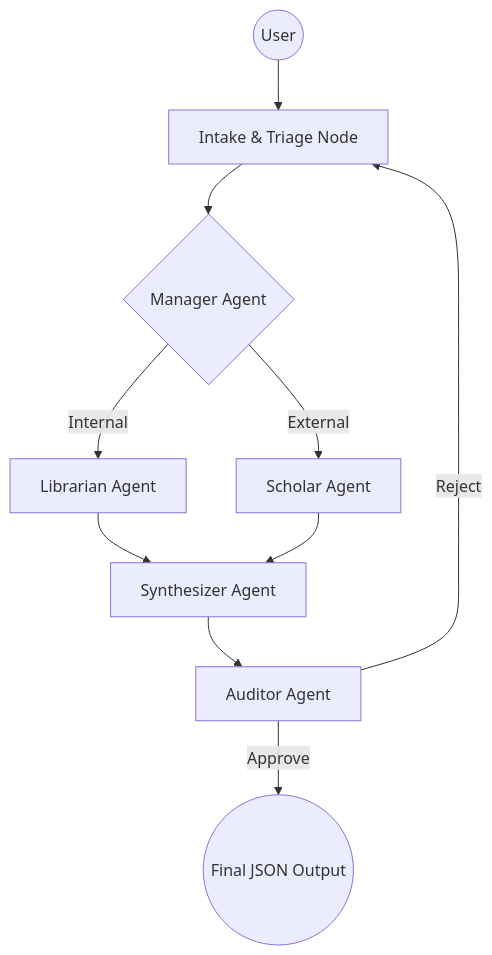
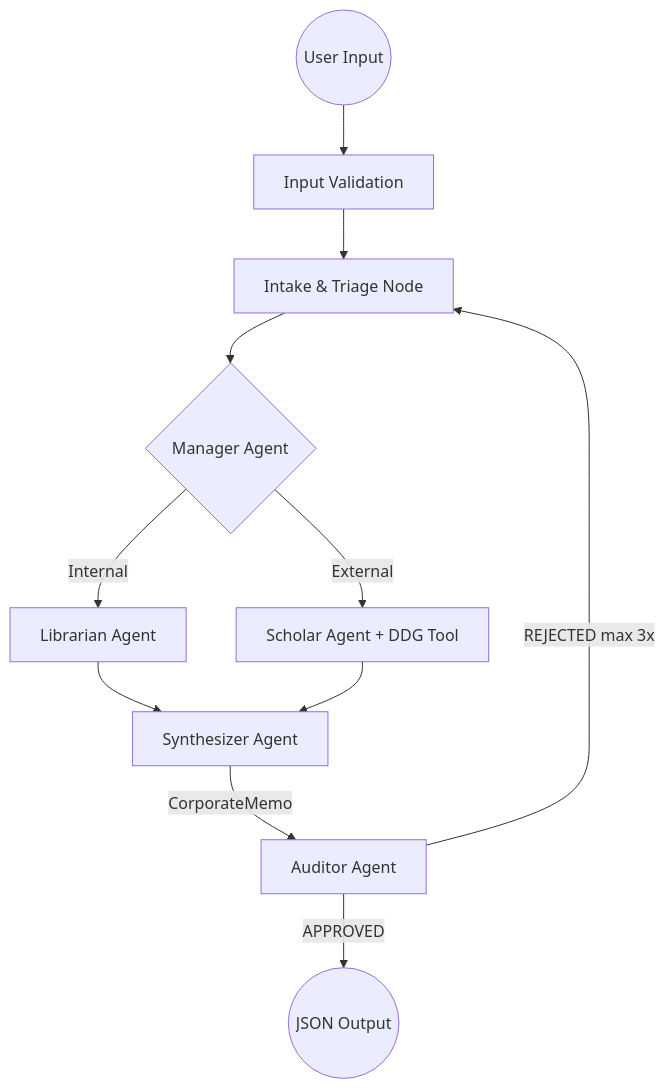
Before and after one commit to tansenkhan1990/LangGraph_OpenAI-Agentic_AI_locally: the diagram in langgraph-ollama-agent/README.md, drawn with Mermaid. The commit also changed other lines of this file and 20 other files, not shown here.

Commit message:
refactor: implement typed knowledge base validation and robust structured output parsing with retries

````diff
--- a/langgraph-ollama-agent/README.md
+++ b/langgraph-ollama-agent/README.md
@@ -11,12 +11,13 @@
 ```mermaid
 graph TD
-    User((User)) --> Intake[Intake & Triage Node]
+    User((User Input)) --> Validate[Input Validation]
+    Validate --> Intake[Intake & Triage Node]
     Intake --> Manager{Manager Agent}
     Manager --> |Internal| Librarian[Librarian Agent]
-    Manager --> |External| Scholar[Scholar Agent]
+    Manager --> |External| Scholar[Scholar Agent + DDG Tool]
     Librarian --> Synthesis[Synthesizer Agent]
     Scholar --> Synthesis
-    Synthesis --> Audit[Auditor Agent]
-    Audit --> |Reject| Intake
-    Audit --> |Approve| Output((Final JSON Output))
+    Synthesis --> |CorporateMemo| Audit[Auditor Agent]
+    Audit --> |REJECTED max 3x| Intake
+    Audit --> |APPROVED| Output((JSON Output))
 ```
````
